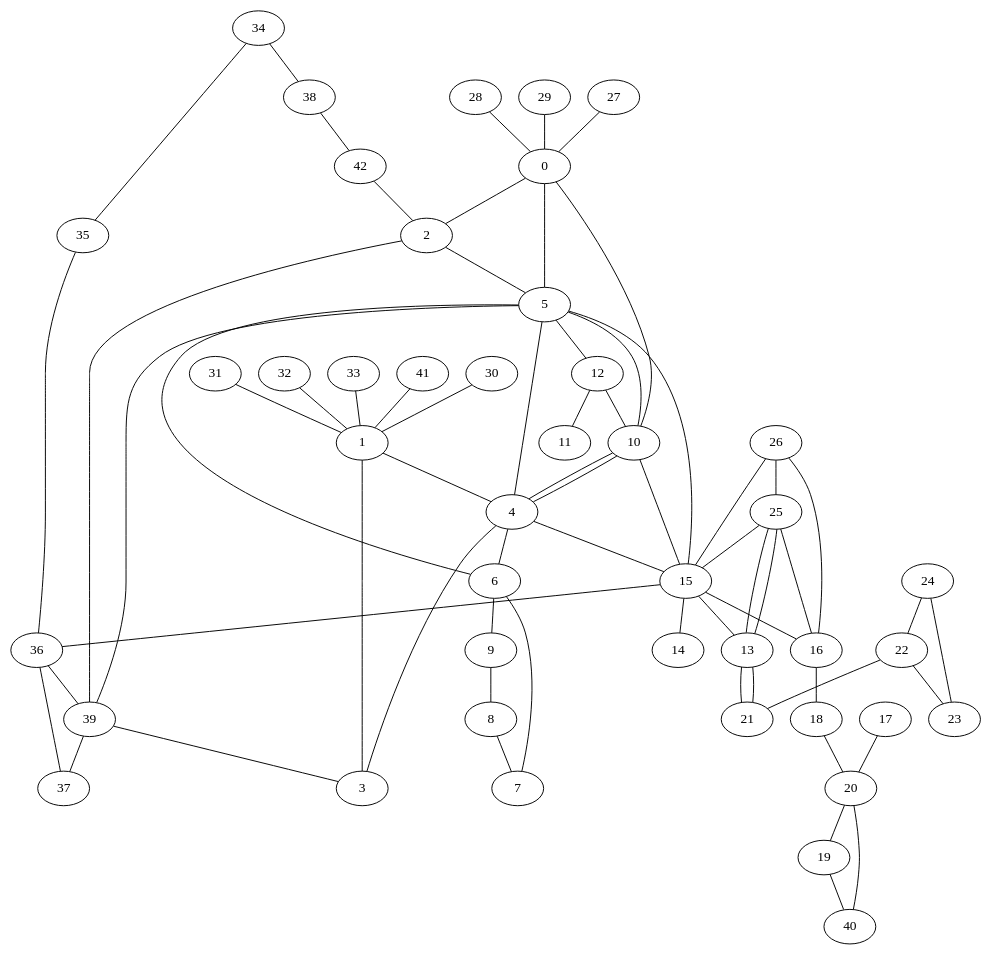
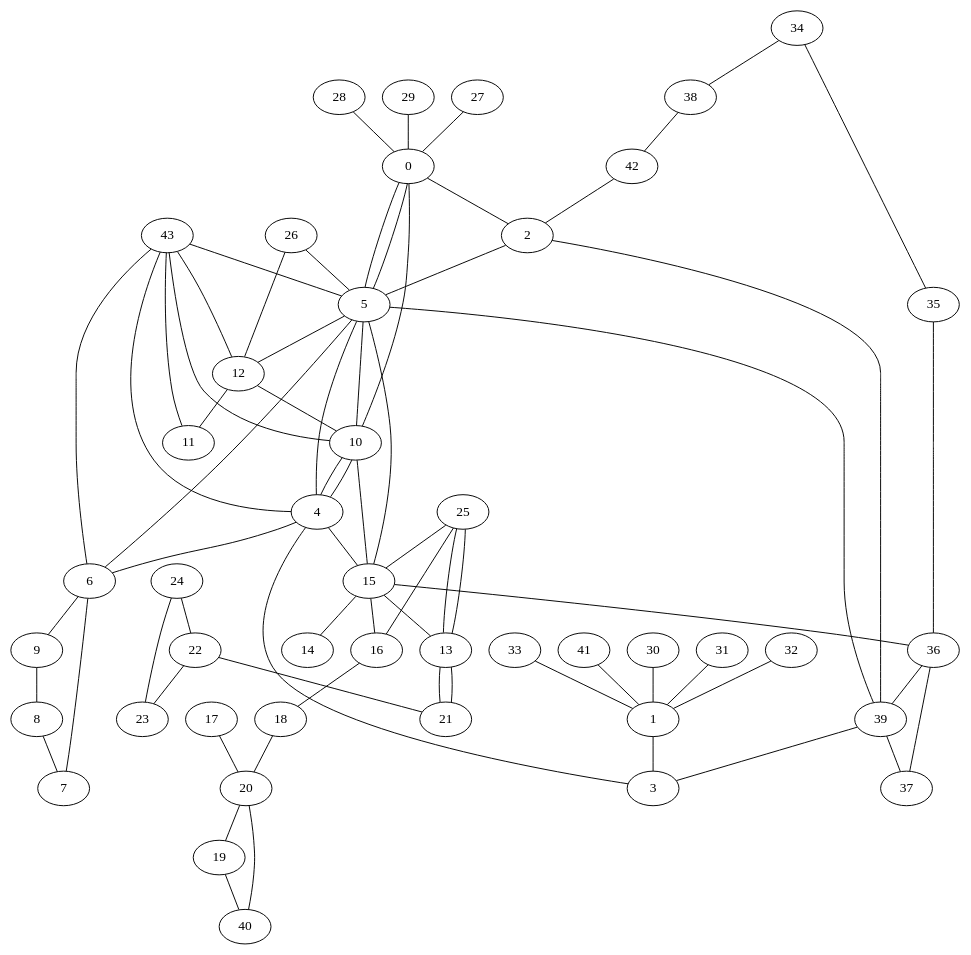
Before and after one commit to harrietrc/se306-project1: the diagram in se306_project1/test.dot, drawn with Graphviz. The commit also changed 9 other files, not shown here.

```diff
--- a/se306_project1/test.dot
+++ b/se306_project1/test.dot
@@ -1,110 +1,116 @@
 graph G {
 0;
 1;
 2;
 3;
 4;
 5;
 6;
 7;
 8;
 9;
 10;
 11;
 12;
 13;
 14;
 15;
 16;
 17;
 18;
 19;
 20;
 21;
 22;
 23;
 24;
 25;
 26;
 27;
 28;
 29;
 30;
 31;
 32;
 33;
 34;
 35;
 36;
 37;
 38;
 39;
 40;
 41;
 42;
+43;
 0--2 ;
 1--3 ;
 2--5 ;
 3--4 ;
 5--6 ;
 4--6 ;
 6--9 ;
 9--8 ;
 8--7 ;
 7--6 ;
 4--5 ;
 5--12 ;
 12--11 ;
 12--10 ;
 5--10 ;
 10--15 ;
 15--16 ;
 15--14 ;
 15--13 ;
 16--18 ;
 18--20 ;
 17--20 ;
 20--19 ;
 13--21 ;
 22--23 ;
 24--22 ;
 27--0 ;
 28--0 ;
 29--0 ;
 31--1 ;
 32--1 ;
 33--1 ;
 30--1 ;
 22--21 ;
 25--15 ;
-26--15 ;
 24--23 ;
 10--4 ;
 25--13 ;
 25--13 ;
-26--25 ;
 21--13 ;
 0--10 ;
 34--35 ;
 35--36 ;
 36--37 ;
 34--38 ;
 38--42 ;
 2--39 ;
 39--3 ;
 39--5 ;
 39--37 ;
 19--40 ;
 40--20 ;
 41--1 ;
 42--2 ;
 36--39 ;
 15--36 ;
 4--10 ;
 25--16 ;
-26--16 ;
 4--15 ;
 5--15 ;
-1--4 ;
 0--5 ;
+26--12 ;
+26--5 ;
+0--5 ;
+43--12 ;
+43--11 ;
+43--10 ;
+43--5 ;
+43--6 ;
+43--4 ;
 }
```
